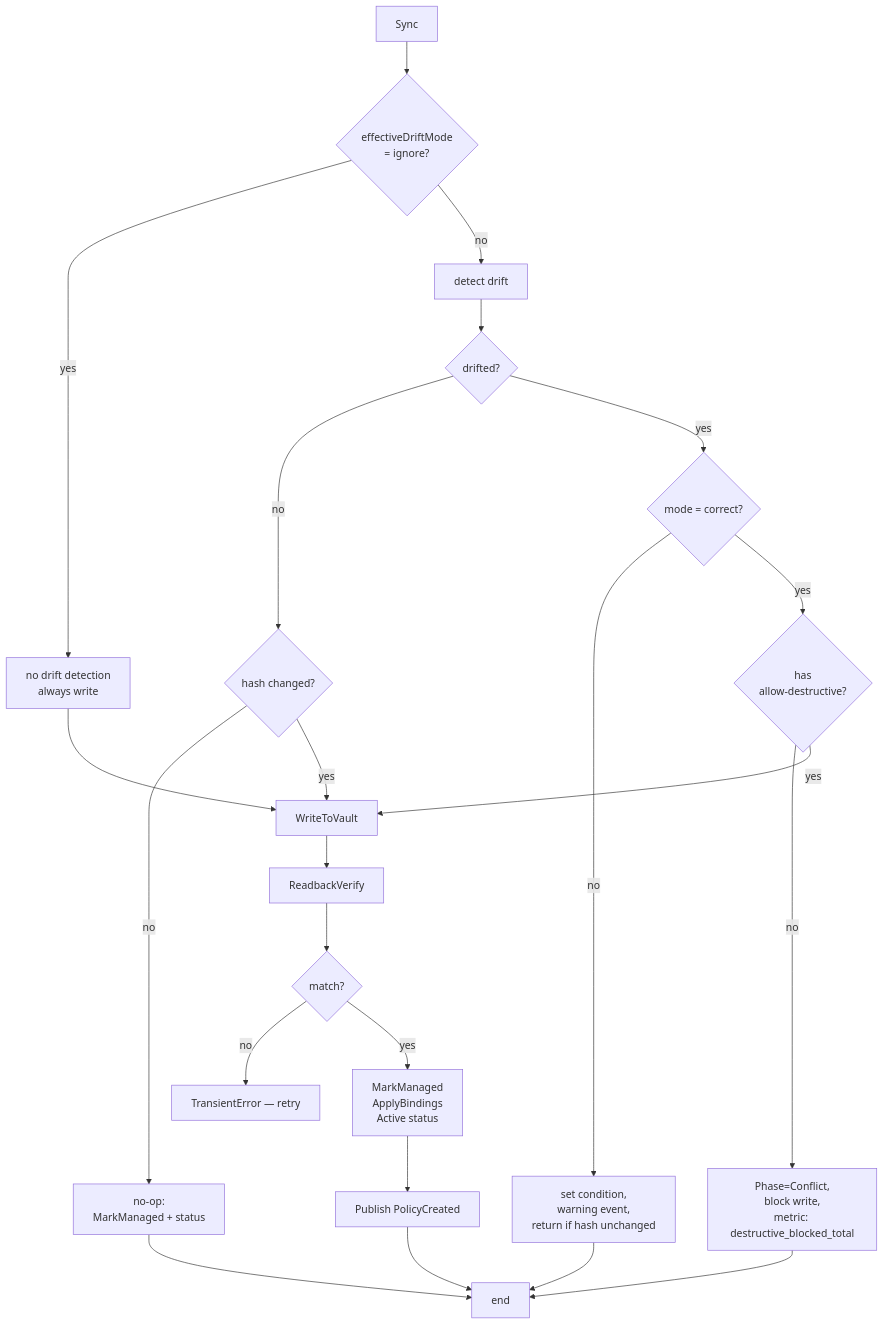
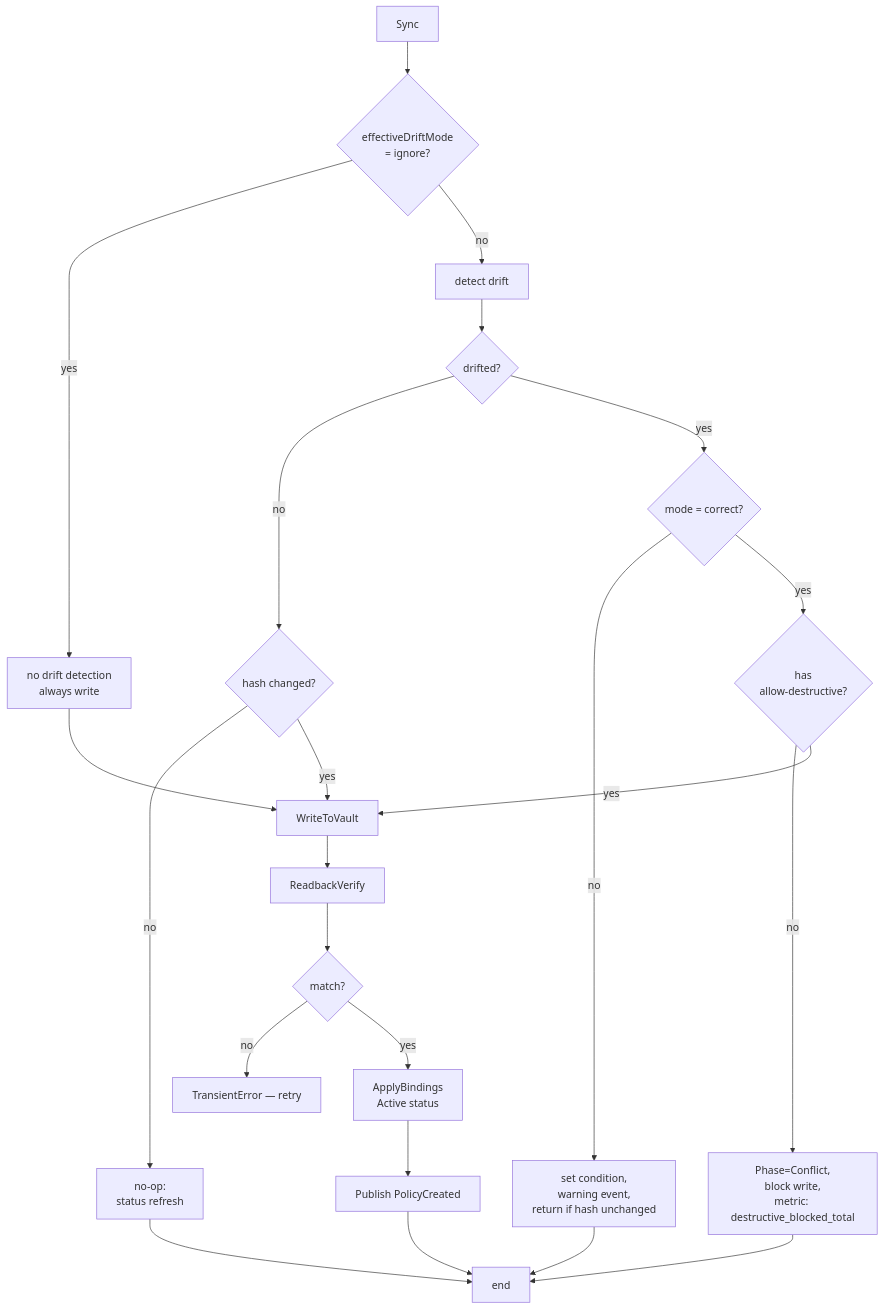
The second of 3 diagrams in docs/internal/FLOW_POLICY.md (panteparak/vault-access-operator), drawn with Mermaid before and after one commit. The commit also changed other lines of this file and 55 other files, not shown here.

````diff
--- a/docs/internal/FLOW_POLICY.md
+++ b/docs/internal/FLOW_POLICY.md
@@ -243,27 +241,27 @@
 ```mermaid
 flowchart TD
     Start[Sync] --> Res{effectiveDriftMode<br/>= ignore?}
     Res -->|yes| SkipDrift[no drift detection<br/>always write]
     Res -->|no| DoDrift[detect drift]
 
     DoDrift --> Drifted{drifted?}
     Drifted -->|no| NoChange{hash changed?}
     Drifted -->|yes| Mode{mode = correct?}
-    NoChange -->|no| Skip[no-op:<br/>MarkManaged + status]
+    NoChange -->|no| Skip[no-op:<br/>status refresh]
     NoChange -->|yes| Write
     Mode -->|no| Informational[set condition,<br/>warning event,<br/>return if hash unchanged]
     Mode -->|yes| Annot{has<br/>allow-destructive?}
     Annot -->|no| Block[Phase=Conflict,<br/>block write,<br/>metric: destructive_blocked_total]
     Annot -->|yes| Write
     Informational --> Exit
     Block --> Exit
     Skip --> Exit
     SkipDrift --> Write
 
     Write[WriteToVault] --> Readback[ReadbackVerify]
     Readback --> Ok{match?}
     Ok -->|no| TransientErr[TransientError — retry]
-    Ok -->|yes| Mark[MarkManaged<br/>ApplyBindings<br/>Active status]
+    Ok -->|yes| Mark[ApplyBindings<br/>Active status]
     Mark --> PubEvent[Publish PolicyCreated]
     PubEvent --> Exit[end]
 ```
````
